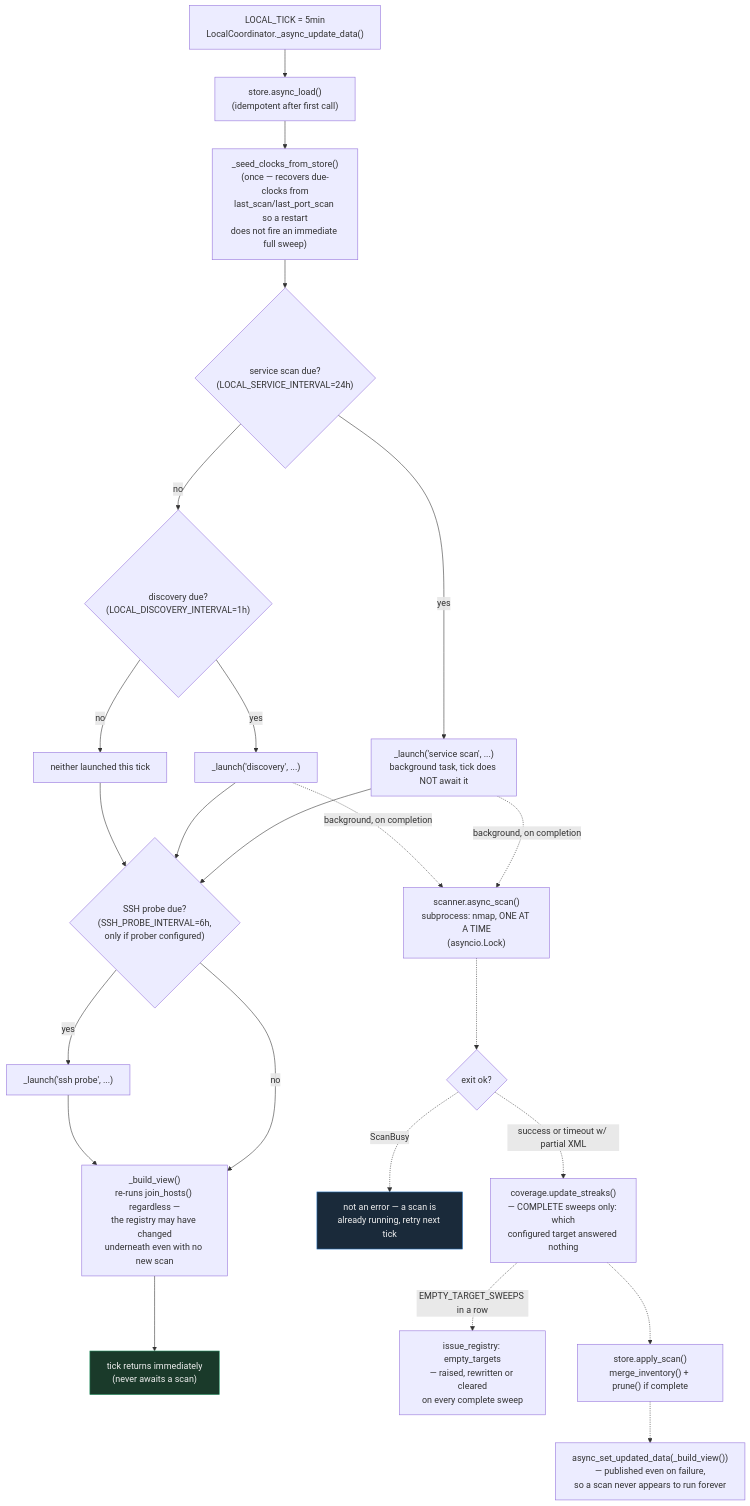
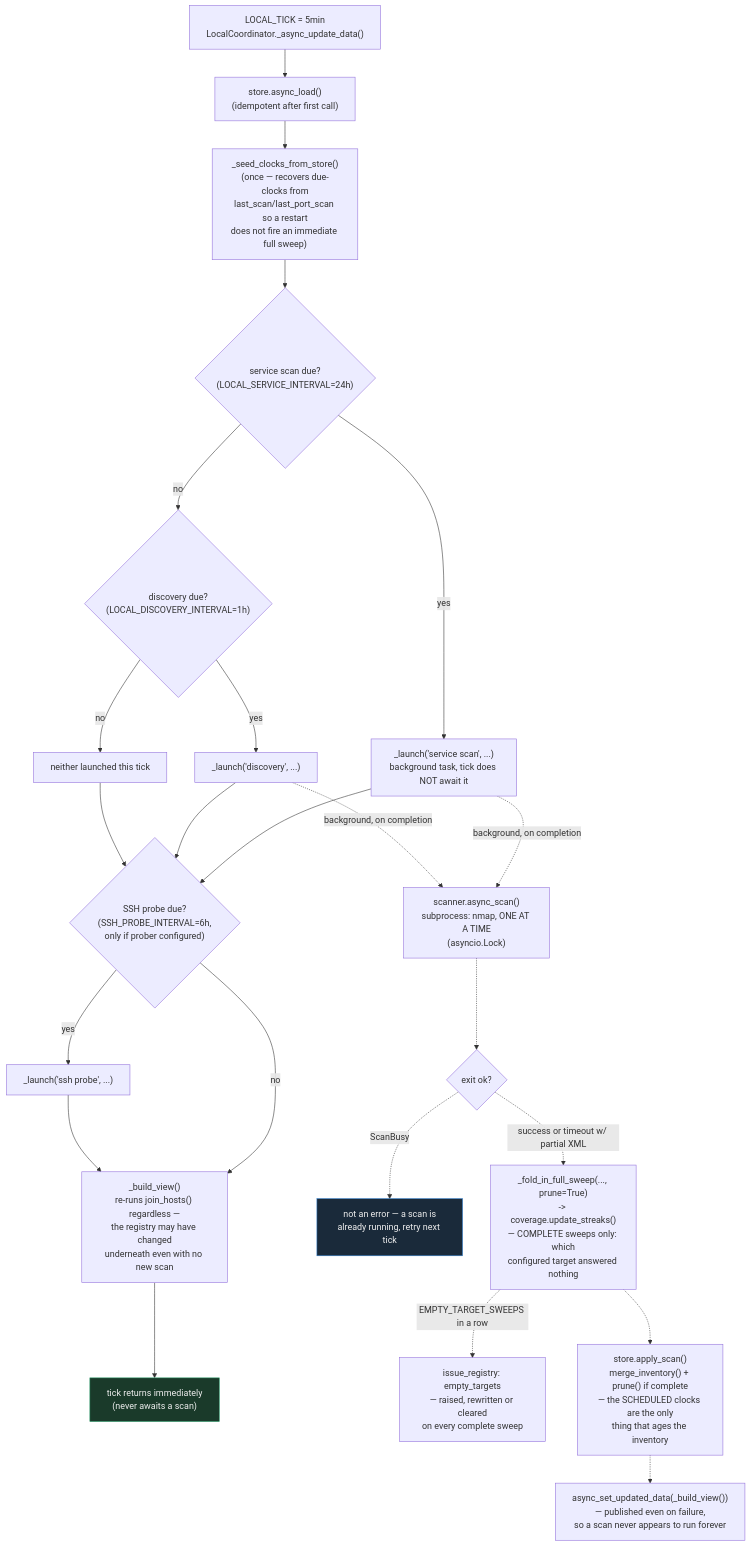
Before and after one commit to jrackerby/ha-cyber-monitor: the fifth of 6 diagrams in docs/cyber_estate_process_flow.md, drawn with Mermaid. The commit also changed other lines of this file and 6 other files, not shown here.

````diff
--- a/docs/cyber_estate_process_flow.md
+++ b/docs/cyber_estate_process_flow.md
@@ -141,31 +141,31 @@
 ```mermaid
 flowchart TD
     TICK["LOCAL_TICK = 5min\nLocalCoordinator._async_update_data()"] --> LOAD["store.async_load()\n(idempotent after first call)"]
     LOAD --> SEED["_seed_clocks_from_store()\n(once — recovers due-clocks from\nlast_scan/last_port_scan so a restart\ndoes not fire an immediate full sweep)"]
     SEED --> DUE1{"service scan due?\n(LOCAL_SERVICE_INTERVAL=24h)"}
     DUE1 -->|yes| LAUNCHSVC["_launch('service scan', ...)\nbackground task, tick does NOT await it"]
     DUE1 -->|no| DUE2{"discovery due?\n(LOCAL_DISCOVERY_INTERVAL=1h)"}
     DUE2 -->|yes| LAUNCHDISC["_launch('discovery', ...)"]
     DUE2 -->|no| SKIP["neither launched this tick"]
 
     LAUNCHSVC --> DUE3
     LAUNCHDISC --> DUE3
     SKIP --> DUE3{"SSH probe due?\n(SSH_PROBE_INTERVAL=6h,\nonly if prober configured)"}
     DUE3 -->|yes| LAUNCHSSH["_launch('ssh probe', ...)"]
     DUE3 -->|no| BUILDVIEW
 
     LAUNCHSSH --> BUILDVIEW["_build_view()\nre-runs join_hosts() regardless —\nthe registry may have changed\nunderneath even with no new scan"]
     BUILDVIEW --> RETURN["tick returns immediately\n(never awaits a scan)"]
 
     LAUNCHSVC -.->|"background, on completion"| SCANRUN["scanner.async_scan()\nsubprocess: nmap, ONE AT A TIME\n(asyncio.Lock)"]
     LAUNCHDISC -.->|"background, on completion"| SCANRUN
     SCANRUN -.-> SCANRESULT{"exit ok?"}
     SCANRESULT -.->|"ScanBusy"| IGNORE["not an error — a scan is\nalready running, retry next tick"]
-    SCANRESULT -.->|"success or timeout w/ partial XML"| COVER["coverage.update_streaks()\n— COMPLETE sweeps only: which\nconfigured target answered nothing"]
+    SCANRESULT -.->|"success or timeout w/ partial XML"| COVER["_fold_in_full_sweep(..., prune=True)\n-> coverage.update_streaks()\n— COMPLETE sweeps only: which\nconfigured target answered nothing"]
     COVER -.->|"EMPTY_TARGET_SWEEPS in a row"| REPAIR["issue_registry: empty_targets\n— raised, rewritten or cleared\non every complete sweep"]
-    COVER -.-> APPLYSCAN["store.apply_scan()\nmerge_inventory() + prune() if complete"]
+    COVER -.-> APPLYSCAN["store.apply_scan()\nmerge_inventory() + prune() if complete\n— the SCHEDULED clocks are the only\nthing that ages the inventory"]
     APPLYSCAN -.-> PUBLISH["async_set_updated_data(_build_view())\n— published even on failure,\nso a scan never appears to run forever"]
 
     style RETURN fill:#1a3a2a,stroke:#2b9c6b,color:#eee
     style IGNORE fill:#1a2a3a,stroke:#2b7ac9,color:#eee
 ```
````
